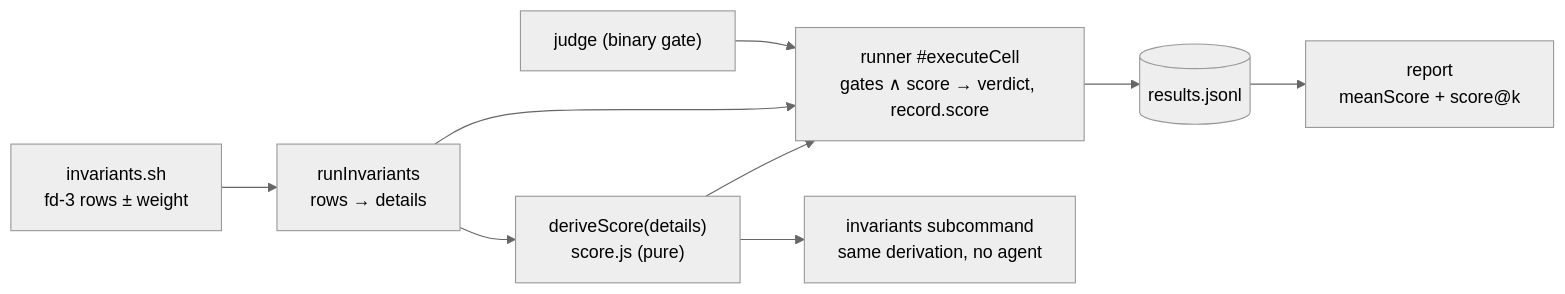
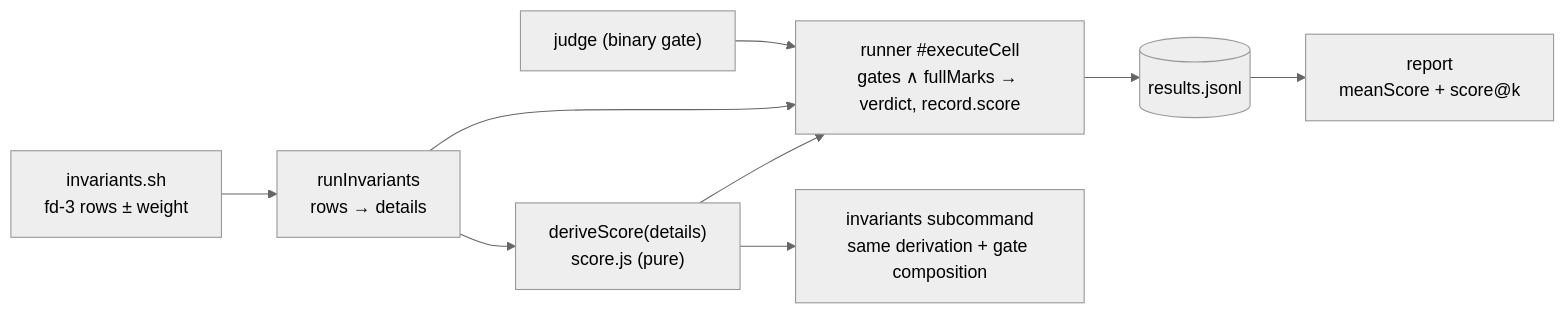
One commit to forwardimpact/monorepo changed the diagram in specs/2240-scored-benchmark-tasks/design-a.md. Above: the diagram before and after it, drawn with Mermaid (neutral theme). The commit also changed other lines of this file and 1 other file, not shown here.

````diff
--- a/specs/2240-scored-benchmark-tasks/design-a.md
+++ b/specs/2240-scored-benchmark-tasks/design-a.md
@@ -13,11 +13,11 @@
 ```mermaid
 flowchart LR
   INV["invariants.sh<br/>fd-3 rows ± weight"] --> RI[runInvariants<br/>rows → details]
   RI --> DS["deriveScore(details)<br/>score.js (pure)"]
-  DS --> RUN["runner #executeCell<br/>gates ∧ score → verdict, record.score"]
+  DS --> RUN["runner #executeCell<br/>gates ∧ fullMarks → verdict, record.score"]
   RI --> RUN
   JD["judge (binary gate)"] --> RUN
   RUN --> LEDGER[(results.jsonl)]
   LEDGER --> REP["report<br/>meanScore + score@k"]
-  DS --> CMD["invariants subcommand<br/>same derivation, no agent"]
+  DS --> CMD["invariants subcommand<br/>same derivation + gate composition"]
 ```
````
